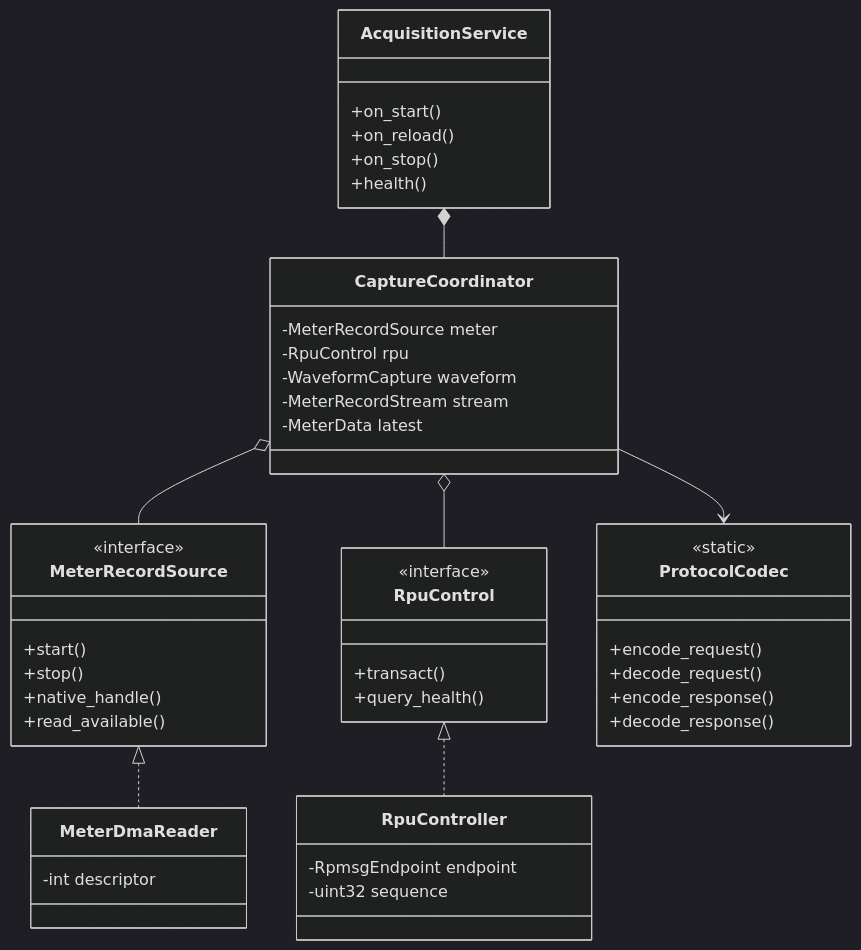
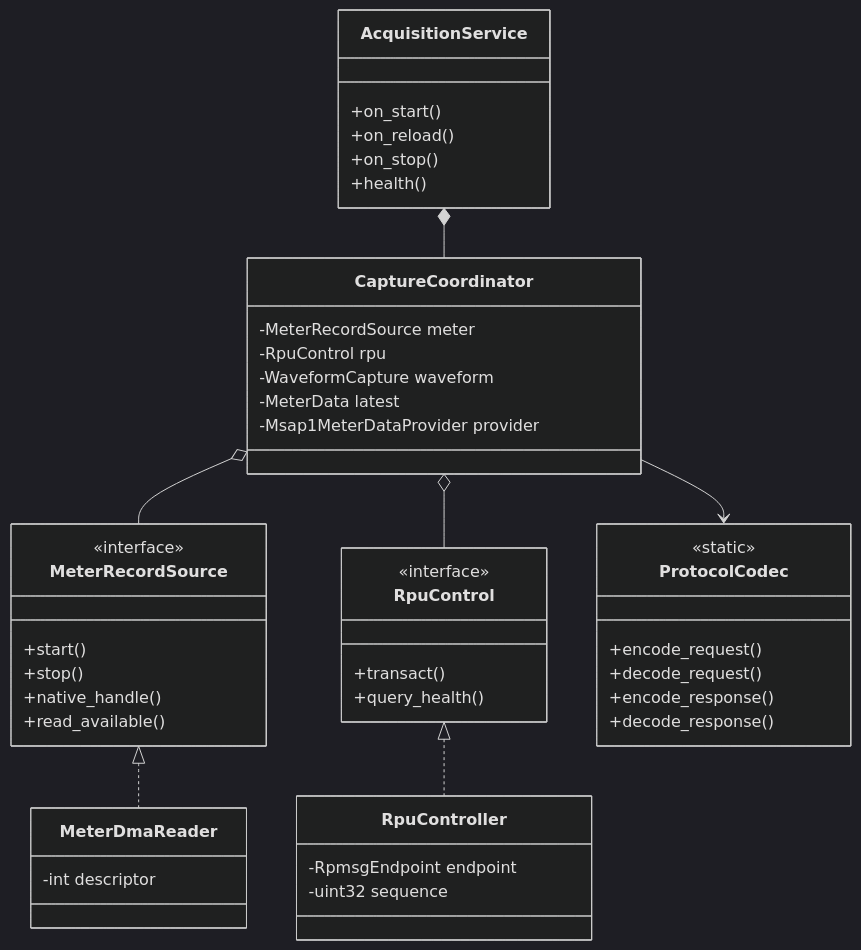
The third of 4 diagrams in docs/IPC_SERVICE_ARCHITECTURE.md (Monutchee/MSAP1_APU), drawn with Mermaid (dark theme) before and after one commit. The commit also changed other lines of this file and 29 other files, not shown here.

Commit message:
refactor: add typed latest meter data provider

````diff
--- a/docs/IPC_SERVICE_ARCHITECTURE.md
+++ b/docs/IPC_SERVICE_ARCHITECTURE.md
@@ -159,49 +151,49 @@
 ```mermaid
 classDiagram
     class AcquisitionService {
         +on_start()
         +on_reload()
         +on_stop()
         +health()
     }
     class CaptureCoordinator {
         -MeterRecordSource meter
         -RpuControl rpu
         -WaveformCapture waveform
-        -MeterRecordStream stream
         -MeterData latest
+        -Msap1MeterDataProvider provider
     }
     class MeterRecordSource {
         <<interface>>
         +start()
         +stop()
         +native_handle()
         +read_available()
     }
     class MeterDmaReader {
         -int descriptor
     }
     class RpuControl {
         <<interface>>
         +transact()
         +query_health()
     }
     class RpuController {
         -RpmsgEndpoint endpoint
         -uint32 sequence
     }
     class ProtocolCodec {
         <<static>>
         +encode_request()
         +decode_request()
         +encode_response()
         +decode_response()
     }
 
     AcquisitionService *-- CaptureCoordinator
     CaptureCoordinator o-- MeterRecordSource
     CaptureCoordinator o-- RpuControl
     MeterRecordSource <|.. MeterDmaReader
     RpuControl <|.. RpuController
     CaptureCoordinator --> ProtocolCodec
 ```
````
